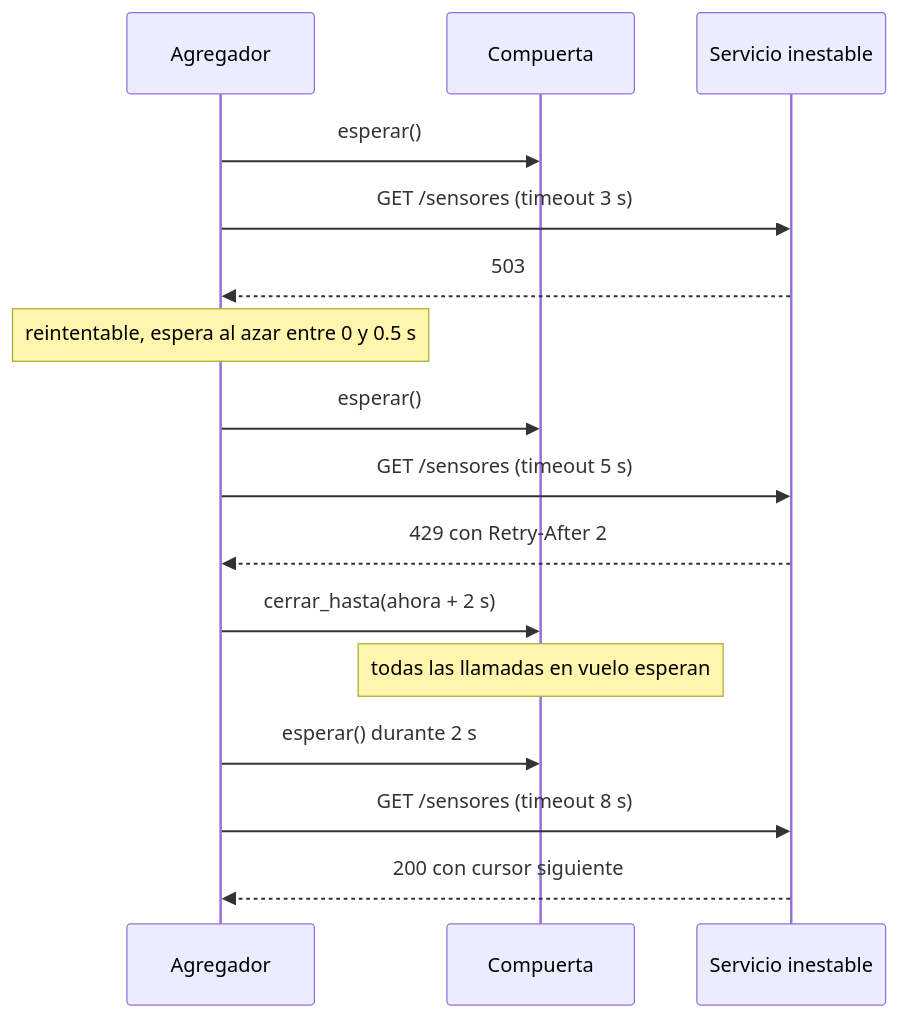
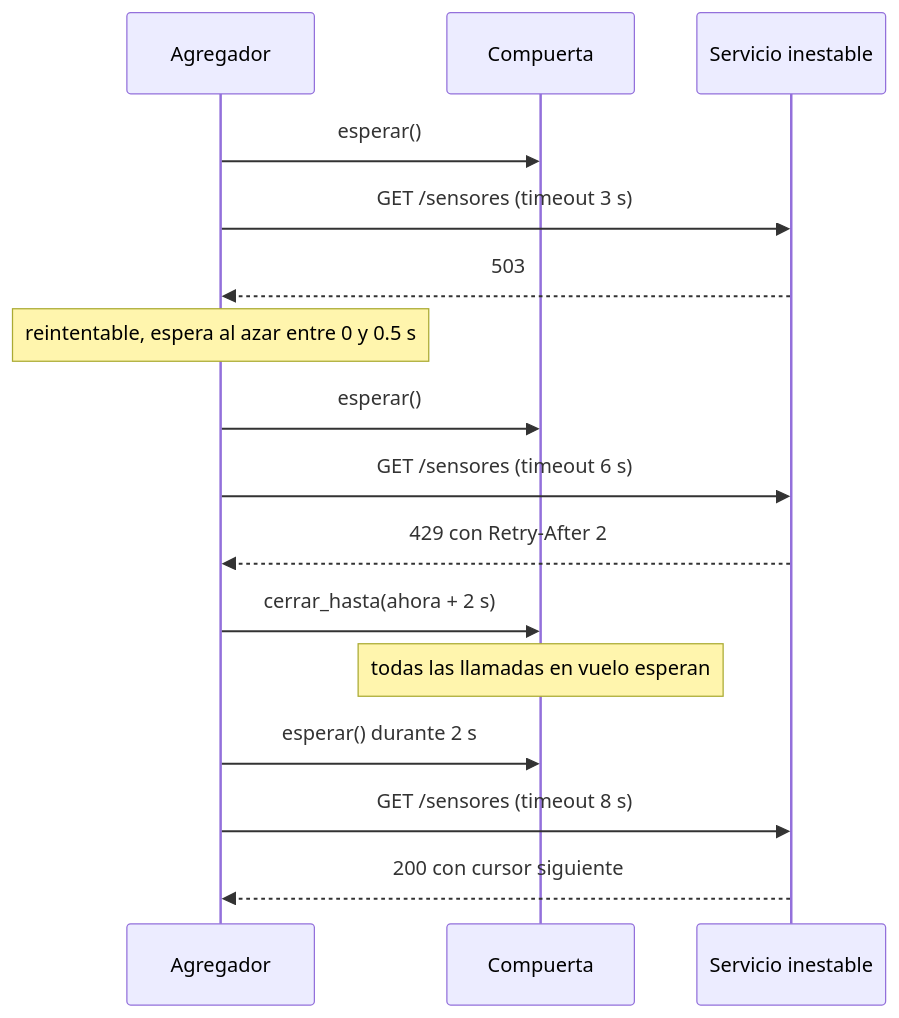
Before and after one commit to Maria-Fernanda-Ruiz/agregador-resiliente: the fourth of 4 diagrams in README.md, drawn with Mermaid. The commit also changed other lines of this file and 4 other files, not shown here.

````diff
--- a/README.md
+++ b/README.md
@@ -175,18 +187,18 @@
 ```mermaid
 sequenceDiagram
     participant A as Agregador
     participant C as Compuerta
     participant S as Servicio inestable
     A->>C: esperar()
     A->>S: GET /sensores (timeout 3 s)
     S-->>A: 503
     Note over A: reintentable, espera al azar entre 0 y 0.5 s
     A->>C: esperar()
-    A->>S: GET /sensores (timeout 5 s)
+    A->>S: GET /sensores (timeout 6 s)
     S-->>A: 429 con Retry-After 2
     A->>C: cerrar_hasta(ahora + 2 s)
     Note over C: todas las llamadas en vuelo esperan
     A->>C: esperar() durante 2 s
     A->>S: GET /sensores (timeout 8 s)
     S-->>A: 200 con cursor siguiente
 ```
````
